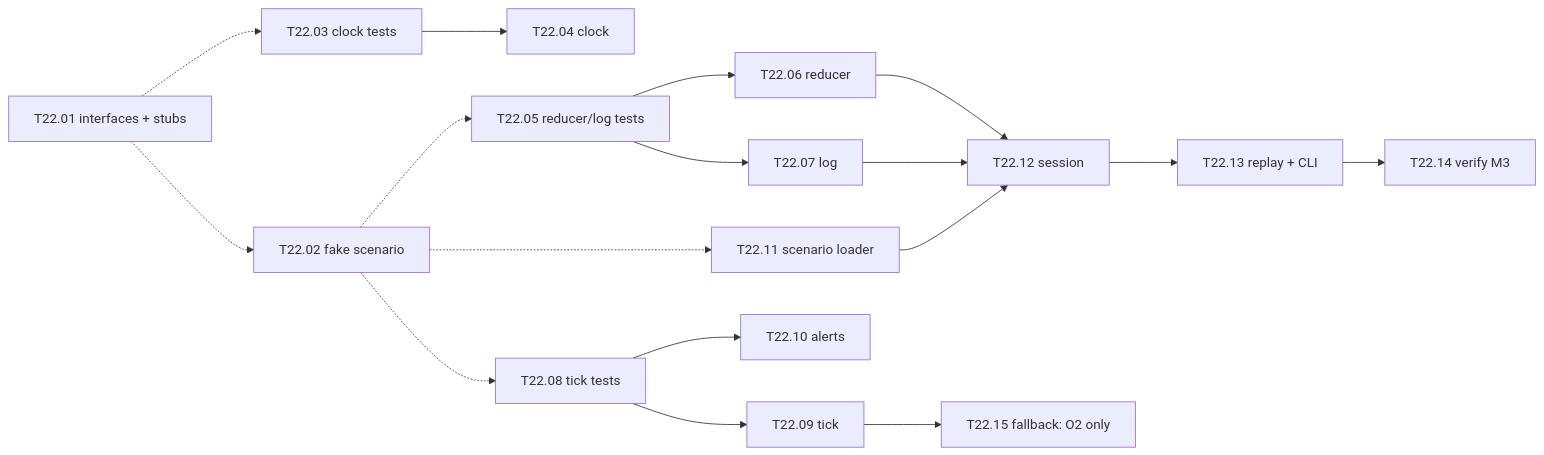
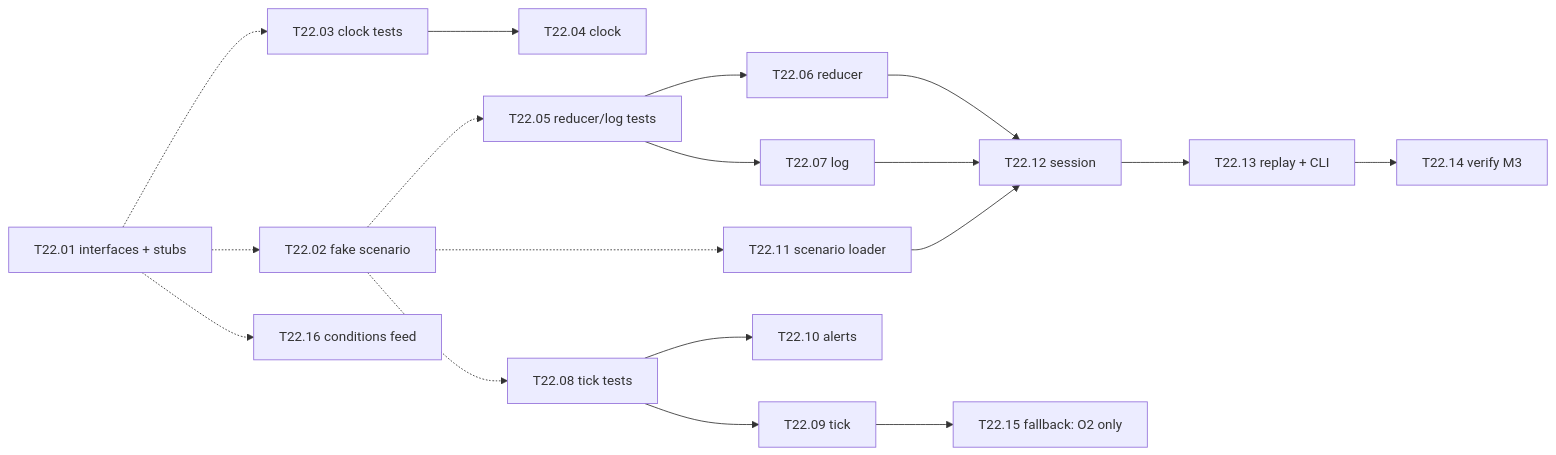
Before and after one commit to tashobi02/Gale-Surface-Ops: the diagram in docs/tasks/TASK-22_simulation-engine.md, drawn with Mermaid. The commit also changed other lines of this file and 25 other files, not shown here.

````diff
--- a/docs/tasks/TASK-22_simulation-engine.md
+++ b/docs/tasks/TASK-22_simulation-engine.md
@@ -369,19 +390,20 @@
 ```mermaid
 flowchart LR
   T22_01["T22.01 interfaces + stubs"] -.-> T22_02["T22.02 fake scenario"]
   T22_01 -.-> T22_03["T22.03 clock tests"]
   T22_03 --> T22_04["T22.04 clock"]
   T22_02 -.-> T22_05["T22.05 reducer/log tests"]
   T22_05 --> T22_06["T22.06 reducer"]
   T22_05 --> T22_07["T22.07 log"]
   T22_02 -.-> T22_08["T22.08 tick tests"]
   T22_08 --> T22_09["T22.09 tick"]
   T22_08 --> T22_10["T22.10 alerts"]
   T22_02 -.-> T22_11["T22.11 scenario loader"]
   T22_06 --> T22_12["T22.12 session"]
   T22_07 --> T22_12
   T22_11 --> T22_12
   T22_12 --> T22_13["T22.13 replay + CLI"]
   T22_13 --> T22_14["T22.14 verify M3"]
   T22_09 --> T22_15["T22.15 fallback: O2 only"]
+  T22_01 -.-> T22_16["T22.16 conditions feed"]
 ```
````
